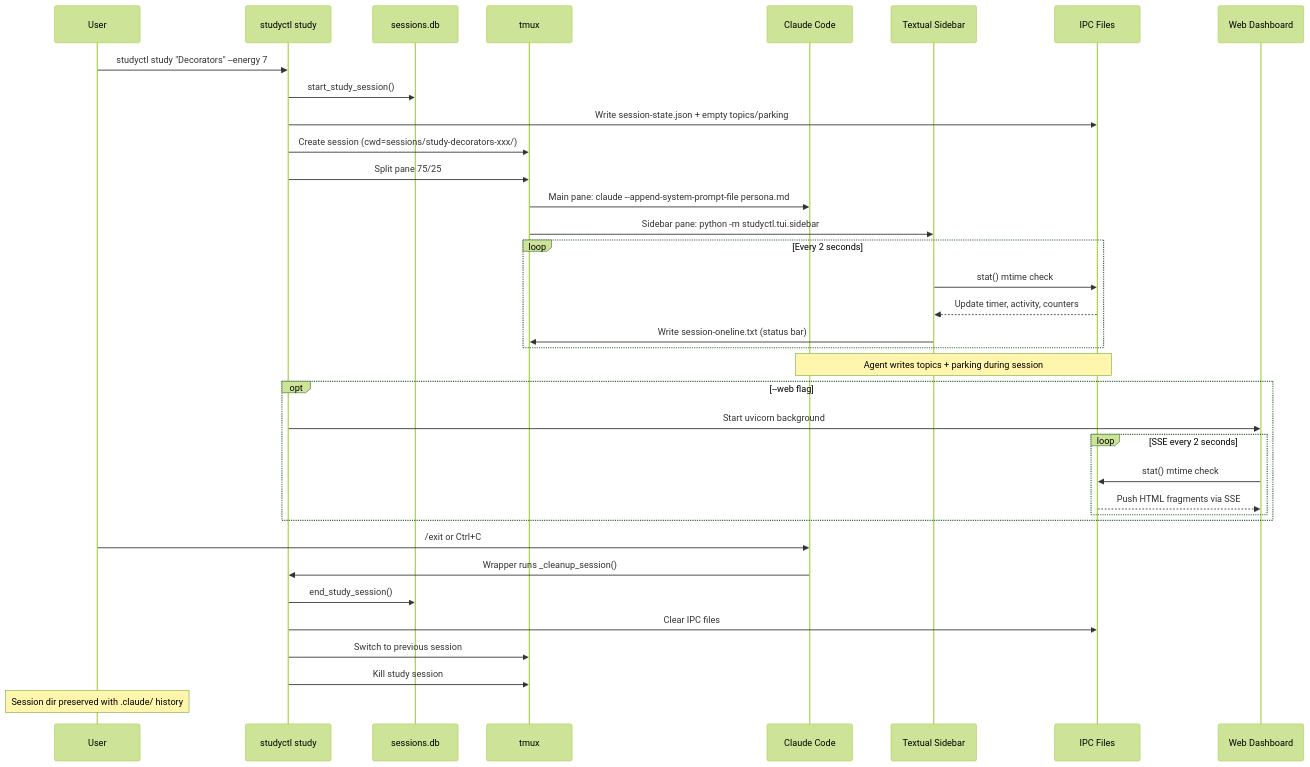
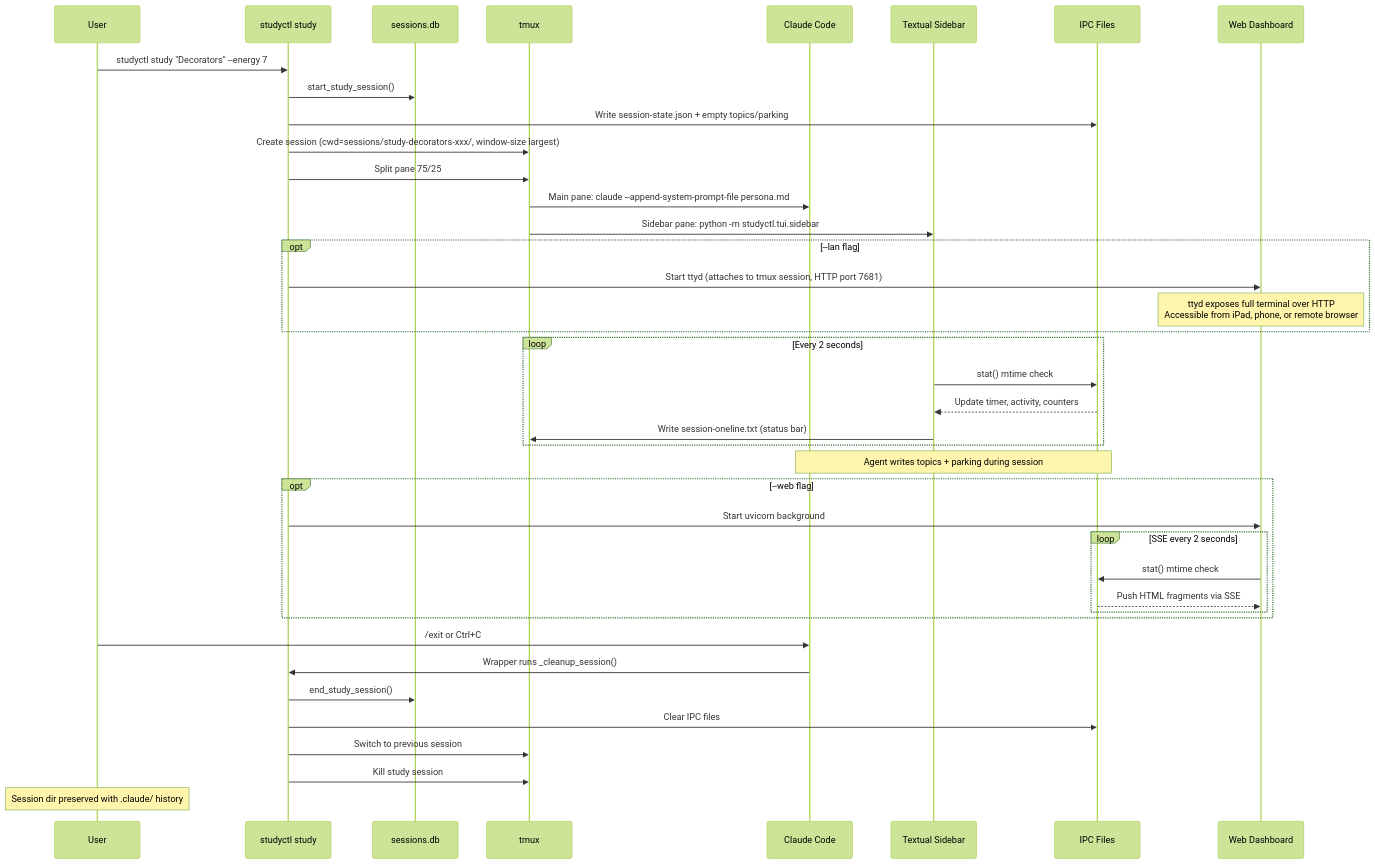
One commit to NetDevAutomate/StudyLoop changed the third of 8 diagrams in docs/system-overview.md. Above: the diagram before and after it, drawn with Mermaid (forest theme). The commit also changed other lines of this file and 5 other files, not shown here.

````diff
--- a/docs/system-overview.md
+++ b/docs/system-overview.md
@@ -140,44 +142,49 @@
 ```mermaid
 sequenceDiagram
     participant U as User
     participant CLI as studyctl study
     participant DB as sessions.db
     participant TMUX as tmux
     participant AGENT as Claude Code
     participant TUI as Textual Sidebar
     participant IPC as IPC Files
     participant WEB as Web Dashboard
 
     U->>CLI: studyctl study "Decorators" --energy 7
     CLI->>DB: start_study_session()
     CLI->>IPC: Write session-state.json + empty topics/parking
-    CLI->>TMUX: Create session (cwd=sessions/study-decorators-xxx/)
+    CLI->>TMUX: Create session (cwd=sessions/study-decorators-xxx/, window-size largest)
     CLI->>TMUX: Split pane 75/25
     TMUX->>AGENT: Main pane: claude --append-system-prompt-file persona.md
     TMUX->>TUI: Sidebar pane: python -m studyctl.tui.sidebar
+
+    opt --lan flag
+        CLI->>WEB: Start ttyd (attaches to tmux session, HTTP port 7681)
+        Note over WEB: ttyd exposes full terminal over HTTP<br/>Accessible from iPad, phone, or remote browser
+    end
 
     loop Every 2 seconds
         TUI->>IPC: stat() mtime check
         IPC-->>TUI: Update timer, activity, counters
         TUI->>TMUX: Write session-oneline.txt (status bar)
     end
 
     Note over AGENT,IPC: Agent writes topics + parking during session
 
     opt --web flag
         CLI->>WEB: Start uvicorn background
         loop SSE every 2 seconds
             WEB->>IPC: stat() mtime check
             IPC-->>WEB: Push HTML fragments via SSE
         end
     end
 
     U->>AGENT: /exit or Ctrl+C
     AGENT->>CLI: Wrapper runs _cleanup_session()
     CLI->>DB: end_study_session()
     CLI->>IPC: Clear IPC files
     CLI->>TMUX: Switch to previous session
     CLI->>TMUX: Kill study session
 
     Note over U: Session dir preserved with .claude/ history
 ```
````
